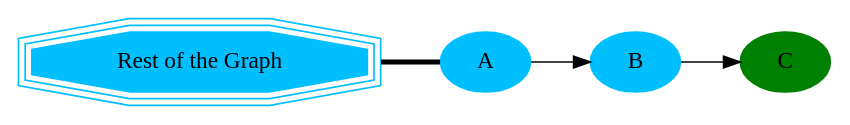
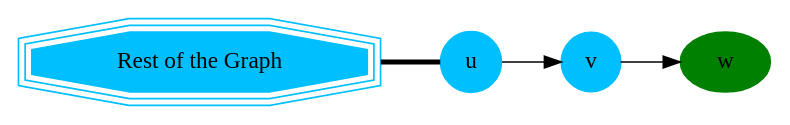
One commit to pgRouting/pgrouting changed the fifth of 13 diagrams in doc/contraction/contraction-family.rst. Above: the diagram before and after it, drawn with Graphviz. The commit also changed other lines of this file and 5 other files, not shown here.

```diff
--- a/doc/contraction/contraction-family.rst
+++ b/doc/contraction/contraction-family.rst
@@ -97,15 +163,11 @@
 .. graphviz::
 
     digraph G {
-        A [style=filled;color=deepskyblue];
-        B [style=filled; color=deepskyblue];
-        C [style=filled; color=green];
-        "G" [shape=tripleoctagon;
-        style=filled;color=deepskyblue;
-        label = "Rest of the Graph"];
+        u, v [shape=circle;style=filled;width=.4;color=deepskyblue];
+        w [style=filled; color=green];
+        "G" [shape=tripleoctagon;style=filled;color=deepskyblue; label = "Rest of the Graph"];
 
         rankdir=LR;
-        G -> A [dir=none, weight=1, penwidth=3];
-        A -> B;
-        B -> C;
+        G -> u [dir=none, weight=1, penwidth=3];
+        u -> v -> w;
     }
```
